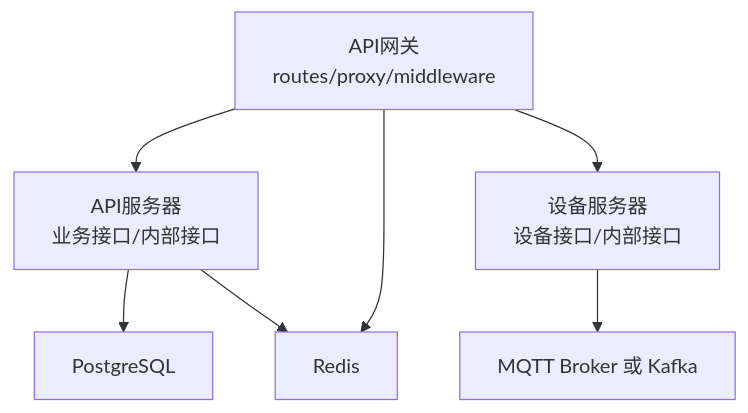
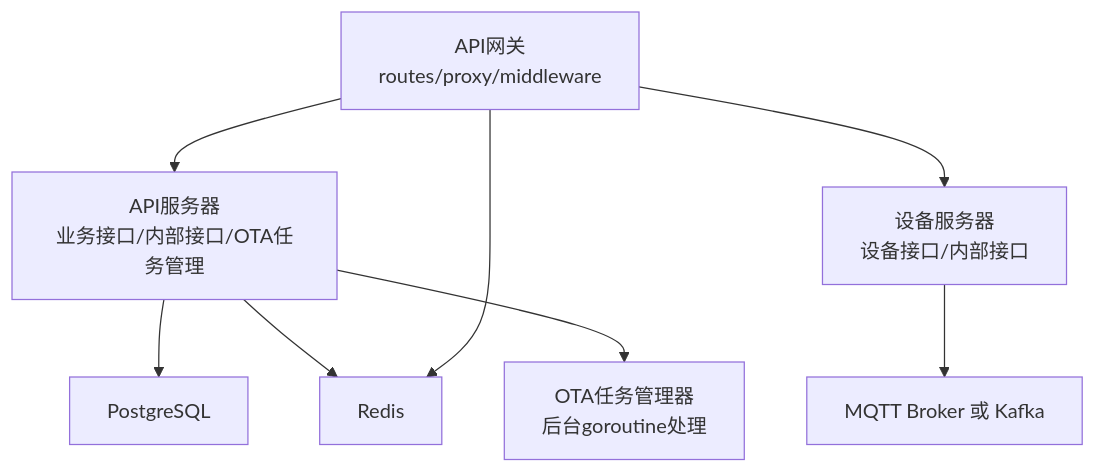
The first of 6 diagrams in .qoder/repowiki/zh/content/API参考文档/内部服务API.md (mcmrzy/cs_inv_monitor-develop), drawn with Mermaid before and after one commit. The commit also changed other lines of this file and 28 other files, not shown here.

````diff
--- a/.qoder/repowiki/zh/content/API参考文档/内部服务API.md
+++ b/.qoder/repowiki/zh/content/API参考文档/内部服务API.md
@@ -52,9 +65,10 @@
 ```mermaid
 graph TB
-GW["API网关<br/>routes/proxy/middleware"] --> API["API服务器<br/>业务接口/内部接口"]
+GW["API网关<br/>routes/proxy/middleware"] --> API["API服务器<br/>业务接口/内部接口/OTA任务管理"]
 GW --> DEV["设备服务器<br/>设备接口/内部接口"]
 DEV --> MQ["MQTT Broker 或 Kafka"]
 API --> PG["PostgreSQL"]
 API --> RD["Redis"]
 GW --> RD
+API --> OTA["OTA任务管理器<br/>后台goroutine处理"]
 ```
````
